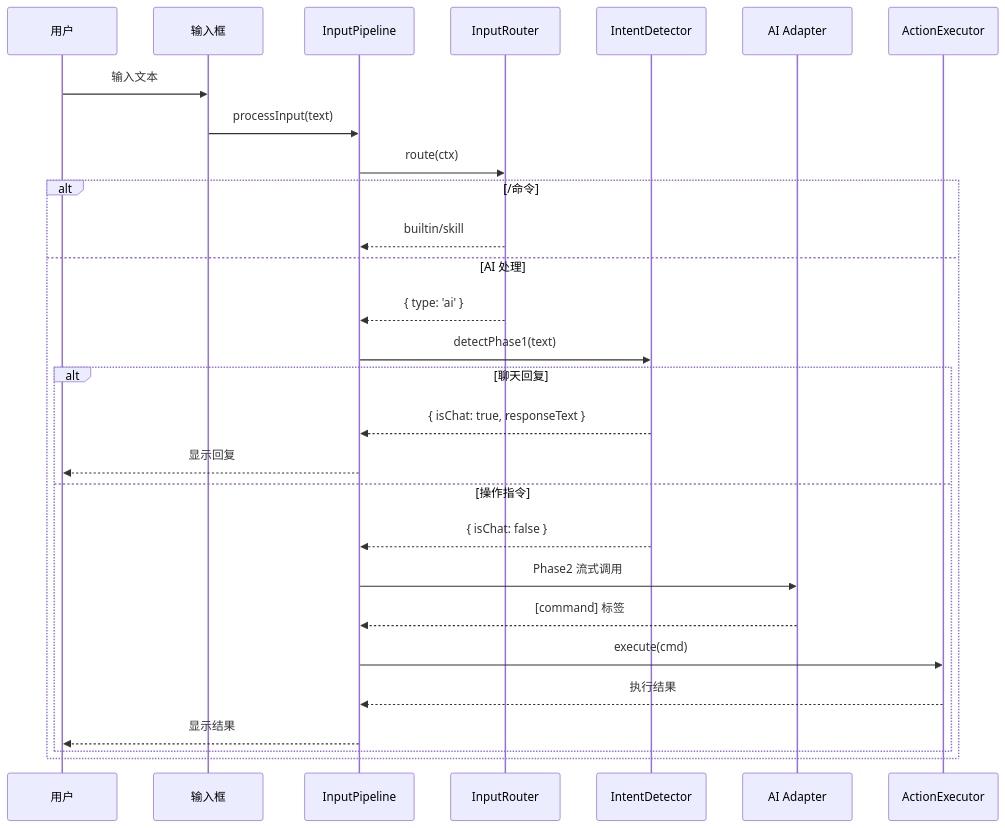
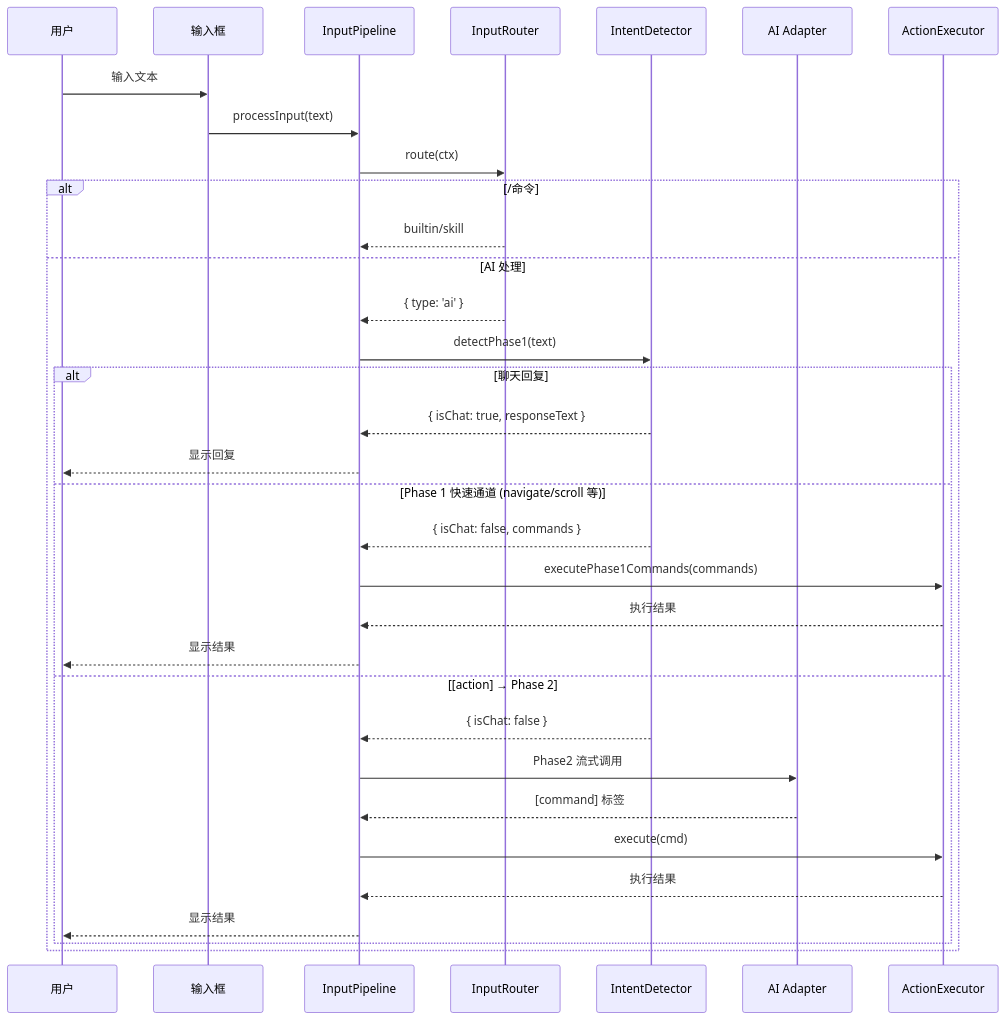
The second of 3 diagrams in README.md (zw123zw/ai-browser), drawn with Mermaid before and after one commit. The commit also changed other lines of this file and 2 other files, not shown here.

First line of the commit message:
docs: 更新输入管线架构文档 — Phase 1 快速通道

````diff
--- a/README.md
+++ b/README.md
@@ -140,33 +140,38 @@
 ```mermaid
 sequenceDiagram
     participant User as 用户
     participant InputBar as 输入框
     participant Pipeline as InputPipeline
     participant Router as InputRouter
     participant Detector as IntentDetector
     participant AI as AI Adapter
     participant Executor as ActionExecutor
 
     User->>InputBar: 输入文本
     InputBar->>Pipeline: processInput(text)
     Pipeline->>Router: route(ctx)
 
     alt /命令
         Router-->>Pipeline: builtin/skill
     else AI 处理
         Router-->>Pipeline: { type: 'ai' }
         Pipeline->>Detector: detectPhase1(text)
 
         alt 聊天回复
             Detector-->>Pipeline: { isChat: true, responseText }
             Pipeline-->>User: 显示回复
-        else 操作指令
+        else Phase 1 快速通道 (navigate/scroll 等)
+            Detector-->>Pipeline: { isChat: false, commands }
+            Pipeline->>Executor: executePhase1Commands(commands)
+            Executor-->>Pipeline: 执行结果
+            Pipeline-->>User: 显示结果
+        else [action] → Phase 2
             Detector-->>Pipeline: { isChat: false }
             Pipeline->>AI: Phase2 流式调用
             AI-->>Pipeline: [command] 标签
             Pipeline->>Executor: execute(cmd)
             Executor-->>Pipeline: 执行结果
             Pipeline-->>User: 显示结果
         end
     end
 ```
````
